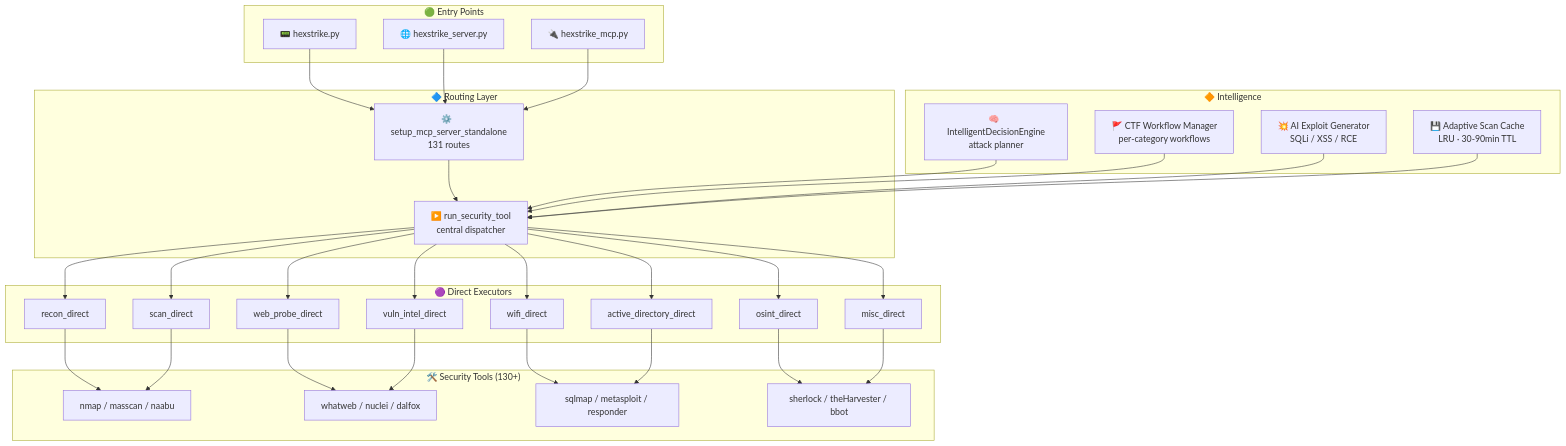
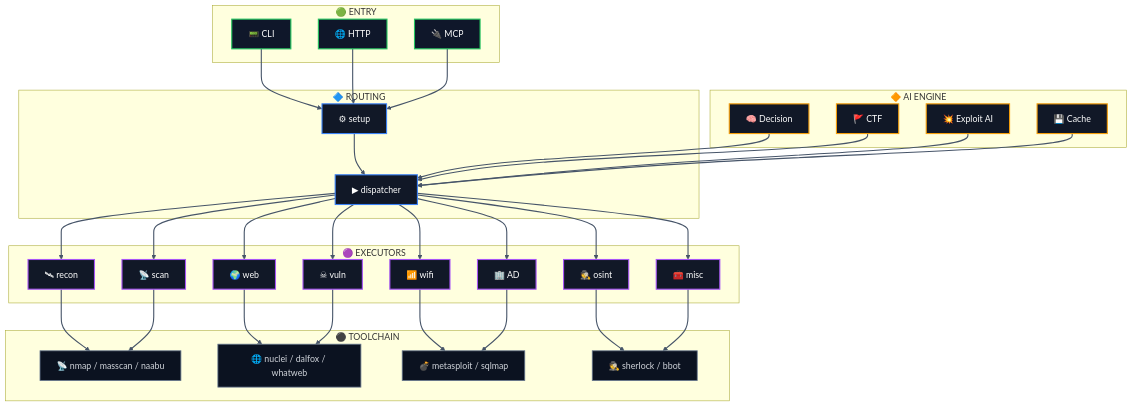
Before and after one commit to VhaTer/hexstrike-ai-community-edition: the diagram in README.md, drawn with Mermaid.

Commit message:
style: clean architecture diagram with GPT color scheme

````diff
--- a/README.md
+++ b/README.md
@@ -9,69 +9,78 @@
 ```mermaid
 flowchart TB
-    classDef entry fill:#0d2818,stroke:#2ecc71,stroke-width:2px,color:#2ecc71
-    classDef routing fill:#0c1828,stroke:#3498db,stroke-width:2px,color:#3498db
-    classDef engine fill:#1a0f1e,stroke:#e67e22,stroke-width:2px,color:#e67e22
-    classDef exec fill:#140a1e,stroke:#9b59b6,stroke-width:2px,color:#9b59b6
-    classDef tools fill:#0d0d0d,stroke:#555,stroke-width:1px,color:#888
 
-    subgraph ENTRY["🟢  Entry Points"]
-        cli["📟  hexstrike.py"]
-        http["🌐  hexstrike_server.py"]
-        mcp["🔌  hexstrike_mcp.py"]
-    end
+classDef entry fill:#0f172a,stroke:#22c55e,stroke-width:2px,color:#ffffff
+classDef routing fill:#111827,stroke:#3b82f6,stroke-width:2px,color:#ffffff
+classDef engine fill:#111827,stroke:#f59e0b,stroke-width:2px,color:#ffffff
+classDef exec fill:#111827,stroke:#a855f7,stroke-width:2px,color:#ffffff
+classDef tools fill:#0b1220,stroke:#64748b,stroke-width:1.5px,color:#d1d5db
 
-    subgraph ROUTING["🔷  Routing Layer"]
-        setup["⚙️  setup_mcp_server_standalone<br/>131 routes"]
-        runner["▶️  run_security_tool<br/>central dispatcher"]
-    end
+linkStyle default stroke:#475569,stroke-width:2px
 
-    subgraph ENGINE["🔶  Intelligence"]
-        ide["🧠  IntelligentDecisionEngine<br/>attack planner"]
-        ctf["🚩  CTF Workflow Manager<br/>per-category workflows"]
-        exploit["💥  AI Exploit Generator<br/>SQLi / XSS / RCE"]
-        cache["💾  Adaptive Scan Cache<br/>LRU · 30-90min TTL"]
-    end
+subgraph ENTRY["🟢 ENTRY"]
+    cli["📟 CLI"]
+    http["🌐 HTTP"]
+    mcp["🔌 MCP"]
+end
 
-    subgraph EXEC["🟣  Direct Executors"]
-        recon["recon_direct"]
-        scan["scan_direct"]
-        web["web_probe_direct"]
-        vuln["vuln_intel_direct"]
-        wifi["wifi_direct"]
-        ad["active_directory_direct"]
-        osint["osint_direct"]
-        misc["misc_direct"]
-    end
+subgraph ROUTE["🔷 ROUTING"]
+    setup["⚙ setup"]
+    runner["▶ dispatcher"]
+end
 
-    subgraph TOOLS["🛠️  Security Tools (130+)"]
-        net["nmap / masscan / naabu"]
-        web_t["whatweb / nuclei / dalfox"]
-        exp_t["sqlmap / metasploit / responder"]
-        recon_t["sherlock / theHarvester / bbot"]
-    end
+subgraph AI["🔶 AI ENGINE"]
+    ide["🧠 Decision"]
+    ctf["🚩 CTF"]
+    exploit["💥 Exploit AI"]
+    cache["💾 Cache"]
+end
 
-    cli --> setup
-    http --> setup
-    mcp --> setup
-    setup --> runner
-    runner --> recon
-    runner --> scan
-    runner --> web
-    runner --> vuln
-    runner --> wifi
-    runner --> ad
-    runner --> osint
-    runner --> misc
-    recon --> net
-    scan --> net
-    web --> web_t
-    vuln --> web_t
-    wifi --> exp_t
-    ad --> exp_t
-    osint --> recon_t
-    misc --> recon_t
-    ide --> runner
-    ctf --> runner
-    exploit --> runner
-    cache --> runner
+subgraph EXEC["🟣 EXECUTORS"]
+    recon["🛰 recon"]
+    scan["📡 scan"]
+    web["🌍 web"]
+    vuln["☠ vuln"]
+    wifi["📶 wifi"]
+    ad["🏢 AD"]
+    osint["🕵 osint"]
+    misc["🧰 misc"]
+end
+
+subgraph TOOLS["⚫ TOOLCHAIN"]
+    net["📡 nmap / masscan / naabu"]
+    webt["🌐 nuclei / dalfox / whatweb"]
+    exp["💣 metasploit / sqlmap"]
+    rect["🕵 sherlock / bbot"]
+end
+
+cli --> setup
+http --> setup
+mcp --> setup
+setup --> runner
+ide --> runner
+ctf --> runner
+exploit --> runner
+cache --> runner
+runner --> recon
+runner --> scan
+runner --> web
+runner --> vuln
+runner --> wifi
+runner --> ad
+runner --> osint
+runner --> misc
+recon --> net
+scan --> net
+web --> webt
+vuln --> webt
+wifi --> exp
+ad --> exp
+osint --> rect
+misc --> rect
+
+class cli,http,mcp entry
+class setup,runner routing
+class ide,ctf,exploit,cache engine
+class recon,scan,web,vuln,wifi,ad,osint,misc exec
+class net,webt,exp,rect tools
 ```
````
